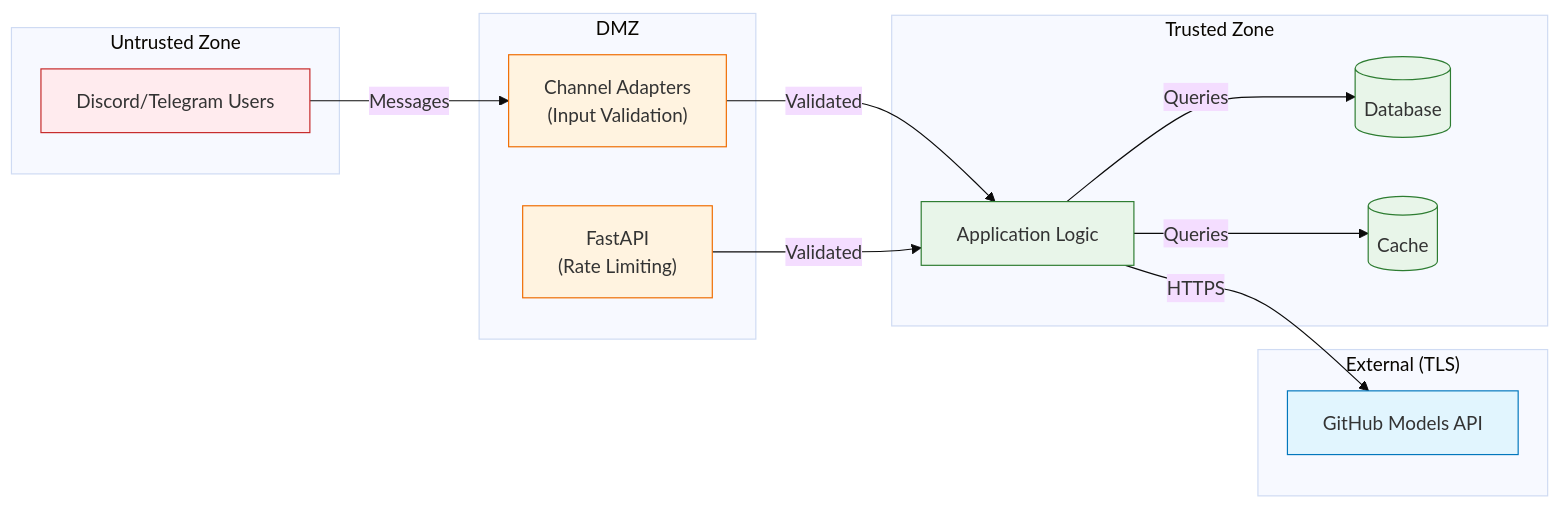
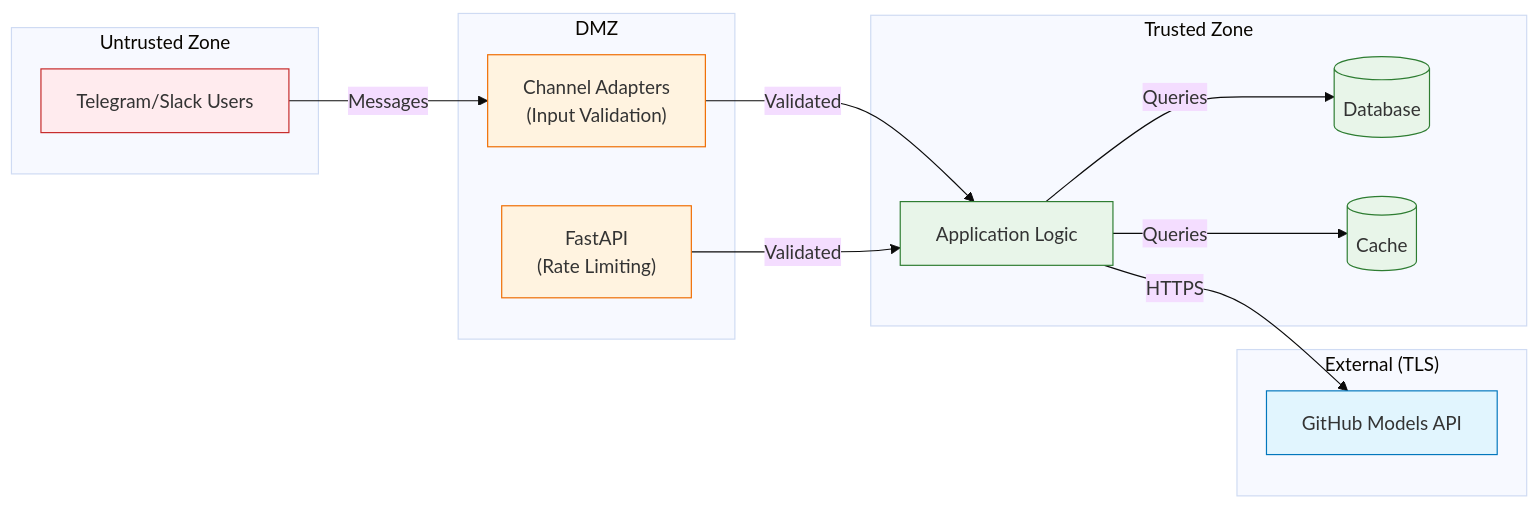
Before and after one commit to Htunn/simple-ai-agent: the third of 3 diagrams in docs/component-diagram.md, drawn with Mermaid (base theme). The commit also changed other lines of this file and 26 other files, not shown here.

First line of the commit message:
feat: remove Discord integration, focus on Telegram and Slack only

````diff
--- a/docs/component-diagram.md
+++ b/docs/component-diagram.md
@@ -228,38 +229,38 @@
 ```mermaid
 flowchart LR
     subgraph Untrusted["Untrusted Zone"]
-        Users["Discord/Telegram Users"]
+        Users["Telegram/Slack Users"]
     end
     
     subgraph DMZ["DMZ"]
         Adapters["Channel Adapters<br/>(Input Validation)"]
         API["FastAPI<br/>(Rate Limiting)"]
     end
     
     subgraph Trusted["Trusted Zone"]
         App["Application Logic"]
         DB[("Database")]
         Cache[("Cache")]
     end
     
     subgraph External["External (TLS)"]
         GH["GitHub Models API"]
     end
     
     Users -->|Messages| Adapters
     Adapters -->|Validated| App
     API -->|Validated| App
     App -->|Queries| DB
     App -->|Queries| Cache
     App -->|HTTPS| GH
     
     classDef untrusted fill:#ffebee,stroke:#c62828
     classDef dmz fill:#fff3e0,stroke:#ef6c00
     classDef trusted fill:#e8f5e9,stroke:#2e7d32
     classDef external fill:#e1f5fe,stroke:#0277bd
     
     class Users untrusted
     class Adapters,API dmz
     class App,DB,Cache trusted
     class GH external
 ```
````
